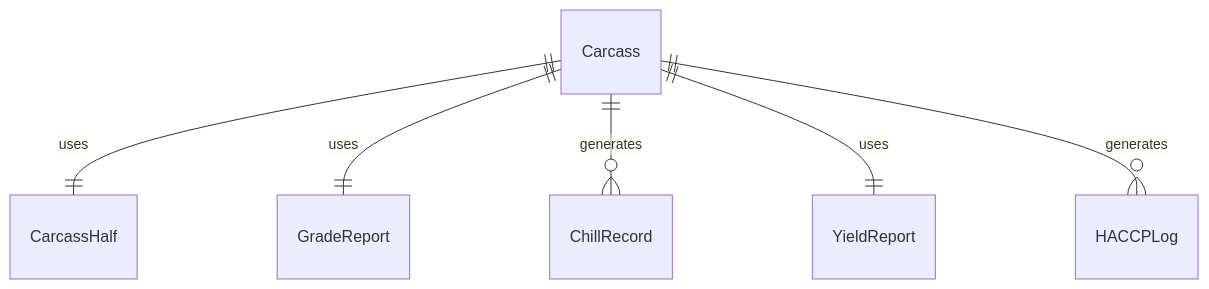
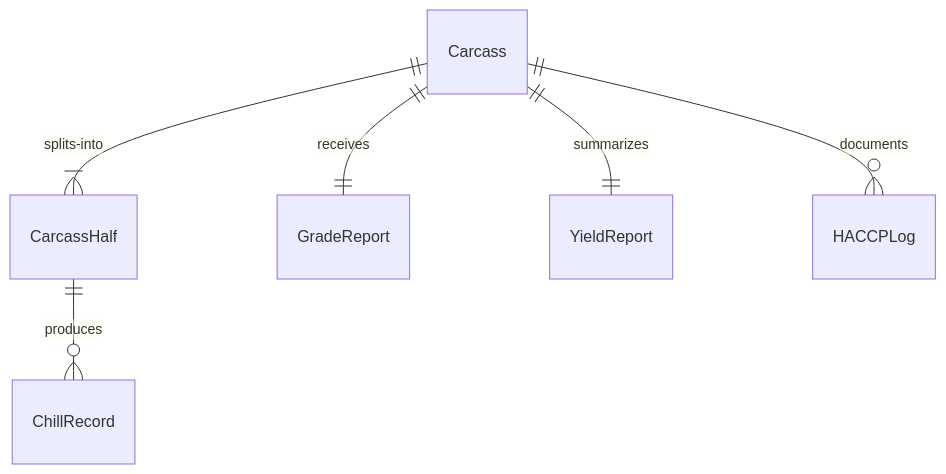
The first of 4 diagrams in HandlingAndMovingObjects/ProcessAnimalCarcasses/ProcessAnimalCarcasses.mdx (dot-org-ai/tasks.org.ai), drawn with Mermaid before and after one commit. The commit also changed other lines of this file and 515 other files, not shown here.

````diff
--- a/HandlingAndMovingObjects/ProcessAnimalCarcasses/ProcessAnimalCarcasses.mdx
+++ b/HandlingAndMovingObjects/ProcessAnimalCarcasses/ProcessAnimalCarcasses.mdx
@@ -87,8 +87,8 @@
 ```mermaid
 erDiagram
-    Carcass ||--|| CarcassHalf : "uses"
-    Carcass ||--|| GradeReport : "uses"
-    Carcass ||--o{ ChillRecord : "generates"
-    Carcass ||--|| YieldReport : "uses"
-    Carcass ||--o{ HACCPLog : "generates"
+    Carcass ||--|{ CarcassHalf : "splits-into"
+    Carcass ||--|| GradeReport : "receives"
+    CarcassHalf ||--o{ ChillRecord : "produces"
+    Carcass ||--|| YieldReport : "summarizes"
+    Carcass ||--o{ HACCPLog : "documents"
 ```
````
